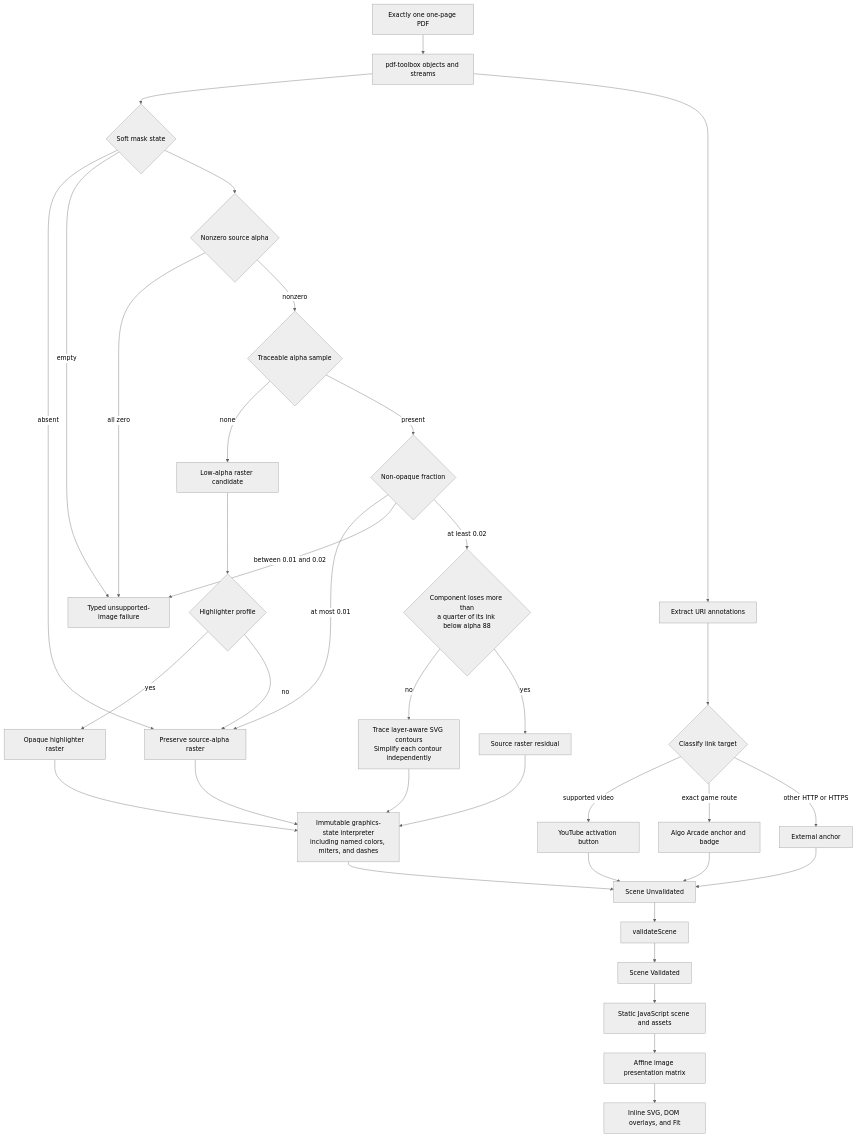
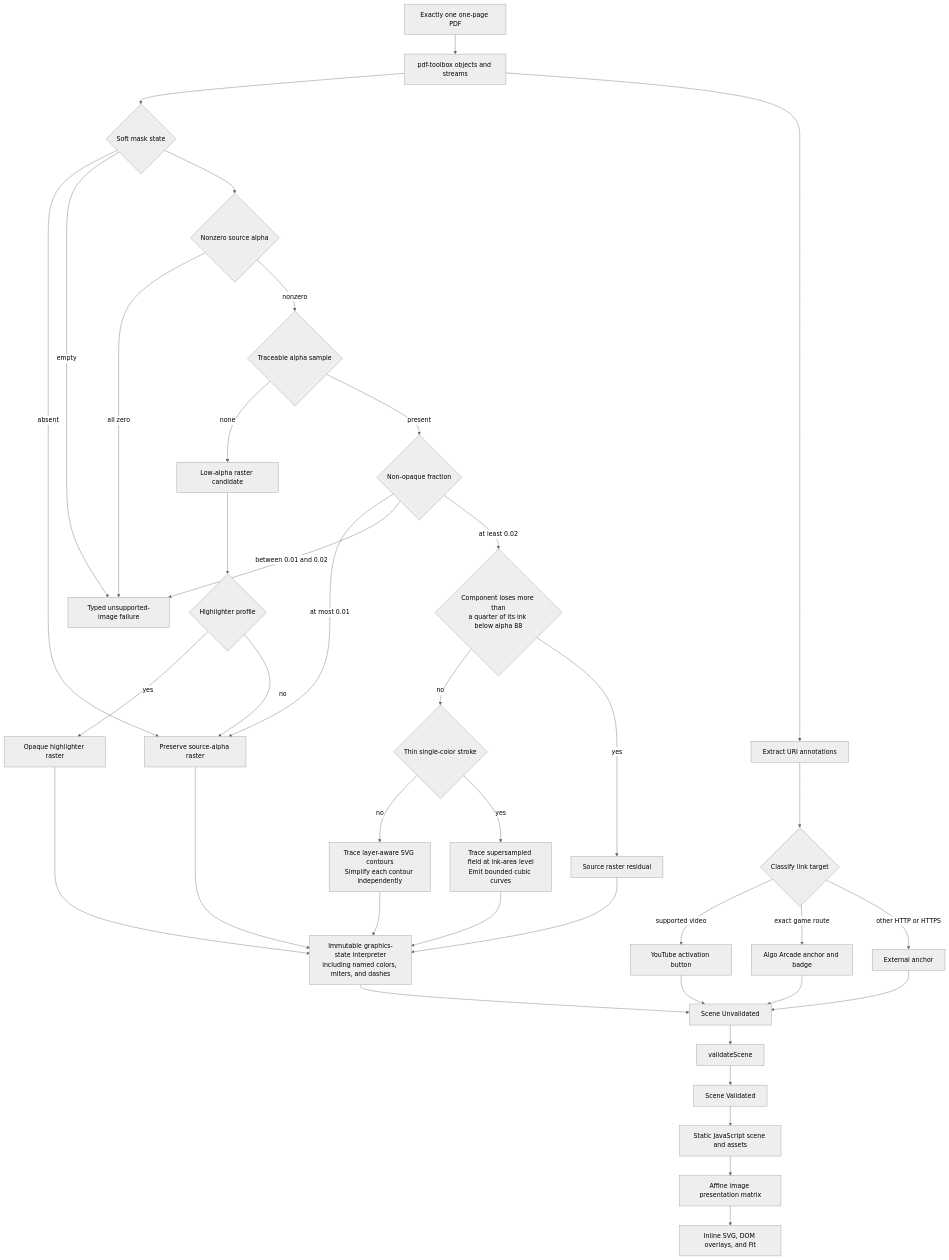
The third of 3 diagrams in docs/architecture.md (bajor/notes-website-factory-workflow), drawn with Mermaid (neutral theme) before and after one commit. The commit also changed other lines of this file and 14 other files, not shown here.

First line of the commit message:
Trace thin strokes as smooth weight-true curves

````diff
--- a/docs/architecture.md
+++ b/docs/architecture.md
@@ -77,56 +77,60 @@
 ```mermaid
 flowchart TD
   Input[Exactly one one-page PDF]
   Parse[pdf-toolbox objects and streams]
   Mask{Soft mask state}
   SourceAlpha{Nonzero source alpha}
   Traceable{Traceable alpha sample}
   Fraction{Non-opaque fraction}
   LowAlphaCandidate[Low-alpha raster candidate]
   Highlighter{Highlighter profile}
   Raster[Preserve source-alpha raster]
   OpaqueMarker[Opaque highlighter raster]
   Partition{Component loses more than<br/>a quarter of its ink below alpha 88}
+  Thin{Thin single-color stroke}
   Residual[Source raster residual]
+  Smooth[Trace supersampled field at ink-area level<br/>Emit bounded cubic curves]
   Vector[Trace layer-aware SVG contours<br/>Simplify each contour independently]
   Reject[Typed unsupported-image failure]
   Links[Extract URI annotations]
   Target{Classify link target}
   YouTube[YouTube activation button]
   Game[Algo Arcade anchor and badge]
   External[External anchor]
   Interpret[Immutable graphics-state interpreter<br/>including named colors, miters, and dashes]
   Raw[Scene Unvalidated]
   Validate[validateScene]
   Valid[Scene Validated]
   Emit[Static JavaScript scene and assets]
   Affine[Affine image presentation matrix]
   Browser[Inline SVG, DOM overlays, and Fit]
 
   Input --> Parse --> Mask
   Parse --> Links --> Target
   Mask -->|absent| Raster
   Mask -->|empty| Reject
   Mask --> SourceAlpha
   SourceAlpha -->|all zero| Reject
   SourceAlpha -->|nonzero| Traceable
   Traceable -->|none| LowAlphaCandidate
   Traceable -->|present| Fraction
   Fraction -->|at most 0.01| Raster
   Fraction -->|between 0.01 and 0.02| Reject
   Fraction -->|at least 0.02| Partition
-  Partition -->|no| Vector
+  Partition -->|no| Thin
   Partition -->|yes| Residual --> Interpret
+  Thin -->|no| Vector
+  Thin -->|yes| Smooth --> Interpret
   Target -->|supported video| YouTube
   Target -->|exact game route| Game
   Target -->|other HTTP or HTTPS| External
   LowAlphaCandidate --> Highlighter
   Highlighter -->|yes| OpaqueMarker --> Interpret
   Highlighter -->|no| Raster --> Interpret
   Vector --> Interpret
   Interpret --> Raw
   YouTube --> Raw
   Game --> Raw
   External --> Raw
   Raw --> Validate --> Valid --> Emit --> Affine --> Browser
 ```
````
